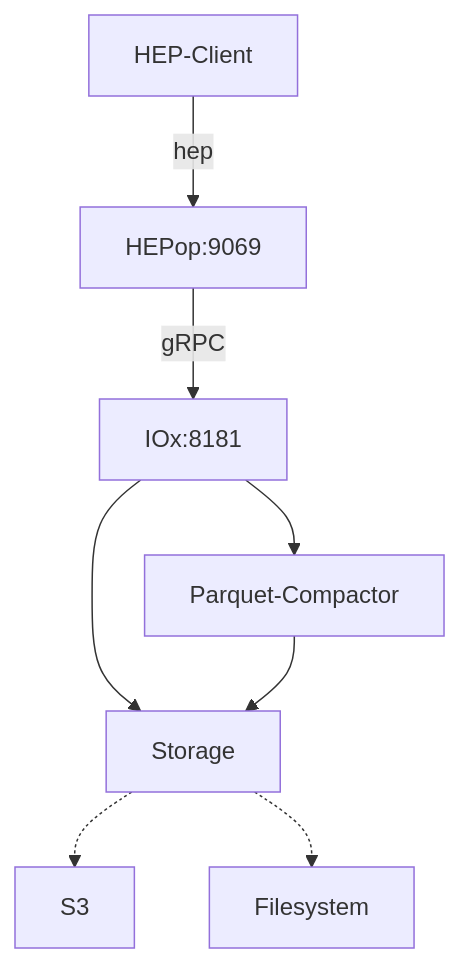
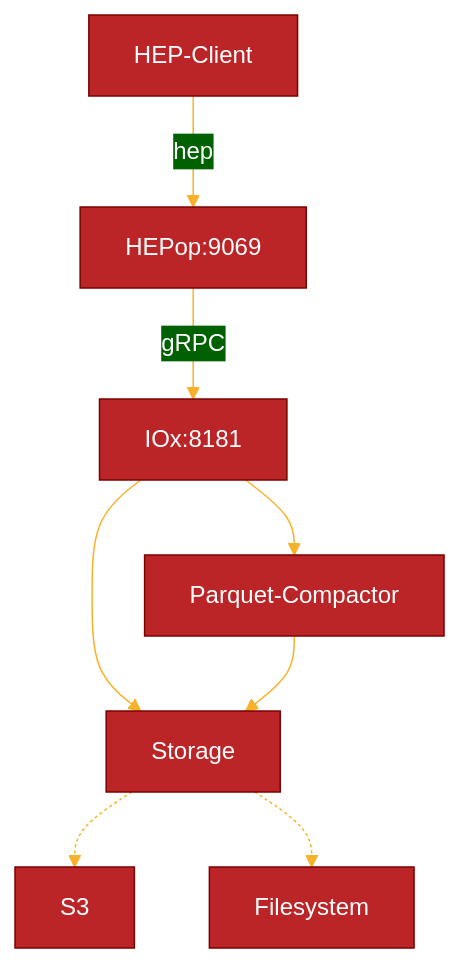
Before and after one commit to sipcapture/HEPop: the diagram in README.md, drawn with Mermaid. The commit also changed other lines of this file, not shown here.

````diff
--- a/README.md
+++ b/README.md
@@ -13,11 +16,25 @@
 ```mermaid
+%%{
+  init: {
+    'theme': 'base',
+    'themeVariables': {
+      'primaryColor': '#BB2528',
+      'primaryTextColor': '#fff',
+      'primaryBorderColor': '#7C0000',
+      'lineColor': '#F8B229',
+      'secondaryColor': '#006100',
+      'tertiaryColor': '#fff'
+    }
+  }
+}%%
+
   graph TD;
       HEP-Client-- hep -->HEPop:9069;
       HEPop:9069-- gRPC -->IOx:8181;
       IOx:8181-->Storage;
       IOx:8181-->Parquet-Compactor;
       Parquet-Compactor-->Storage;
       Storage-.->S3;
       Storage-.->Filesystem;
 
 ```
````
